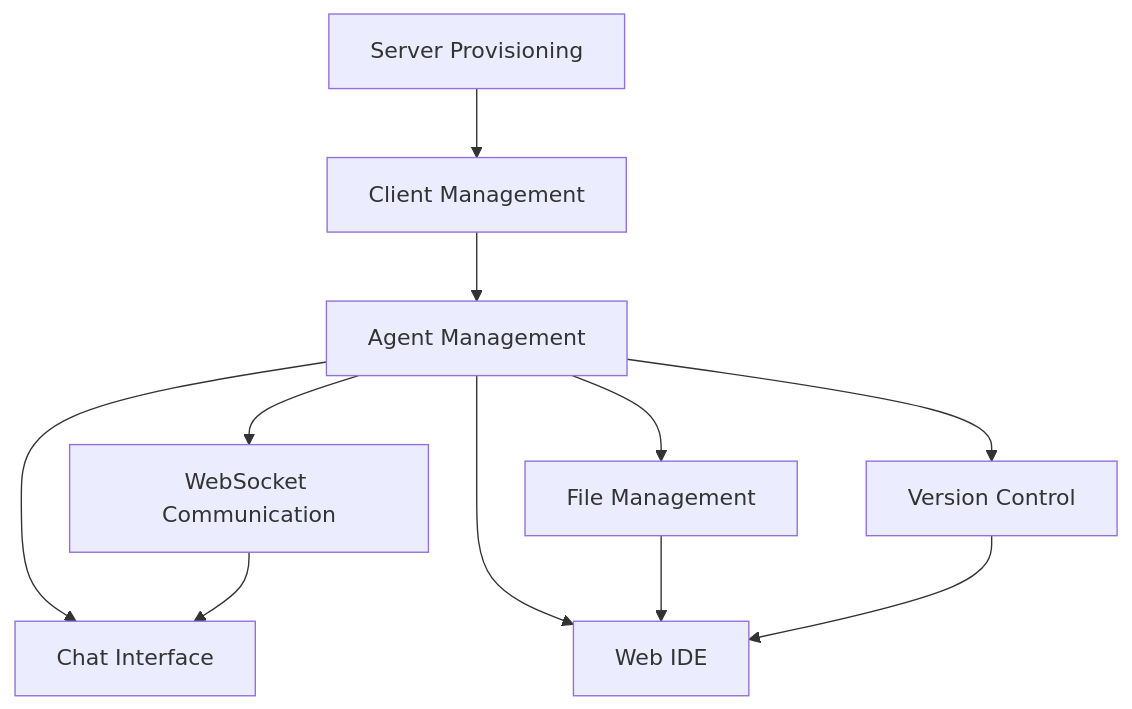
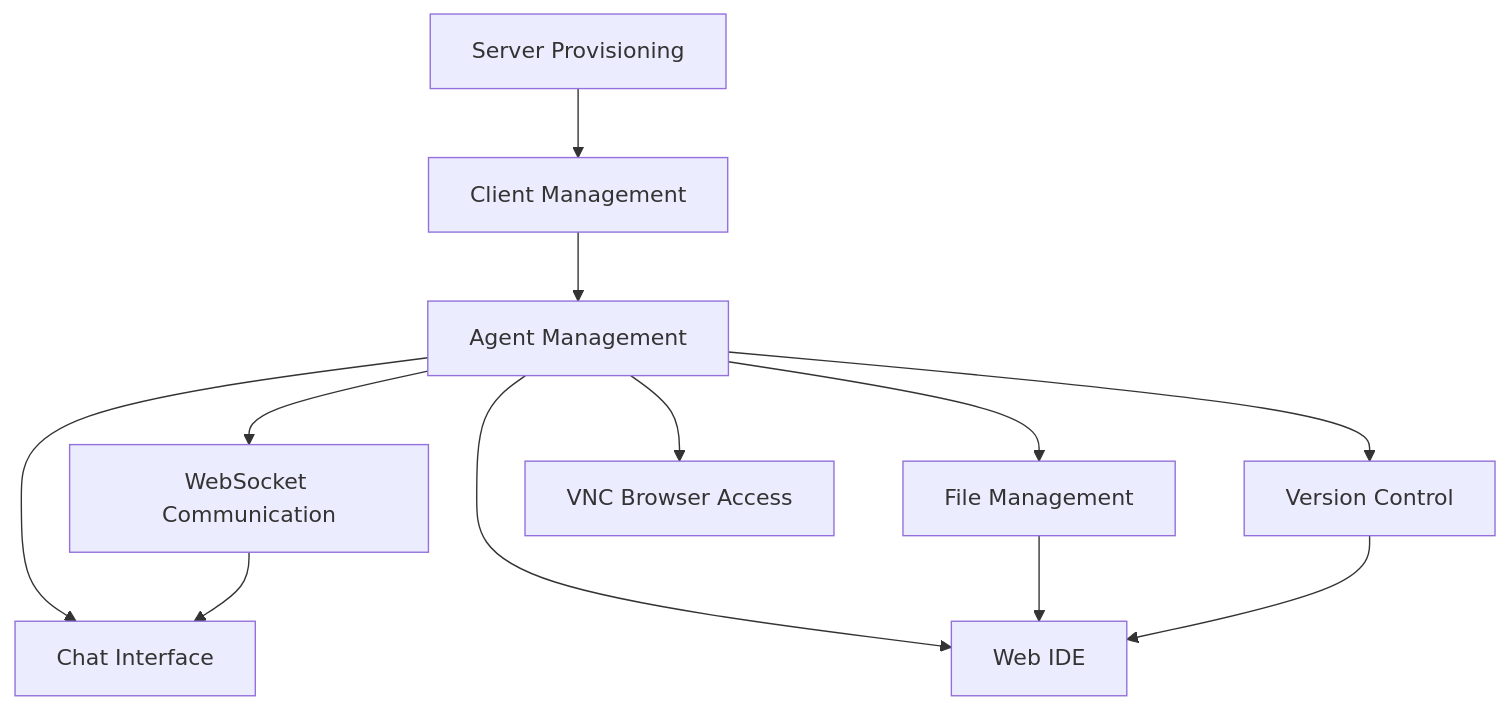
The diagram in docs/agenstra/features/README.md (forepath/tsef), drawn with Mermaid before and after one commit. The commit also changed other lines of this file and 31 other files, not shown here.

````diff
--- a/docs/agenstra/features/README.md
+++ b/docs/agenstra/features/README.md
@@ -115,22 +129,24 @@
 ```mermaid
 graph TB
     CM[Client Management]
     AM[Agent Management]
     SP[Server Provisioning]
     WS[WebSocket Communication]
     FM[File Management]
     VC[Version Control]
     IDE[Web IDE]
     Chat[Chat Interface]
+    VNC[VNC Browser Access]
 
     SP --> CM
     CM --> AM
     AM --> WS
     AM --> FM
     AM --> VC
     AM --> IDE
     AM --> Chat
+    AM --> VNC
     WS --> Chat
     FM --> IDE
     VC --> IDE
 ```
````
